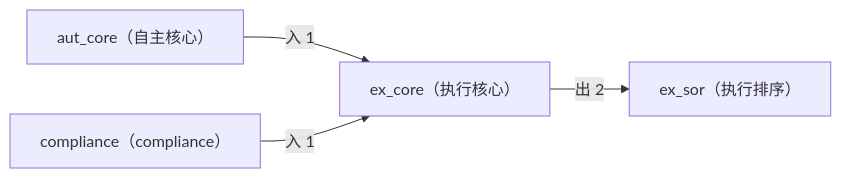
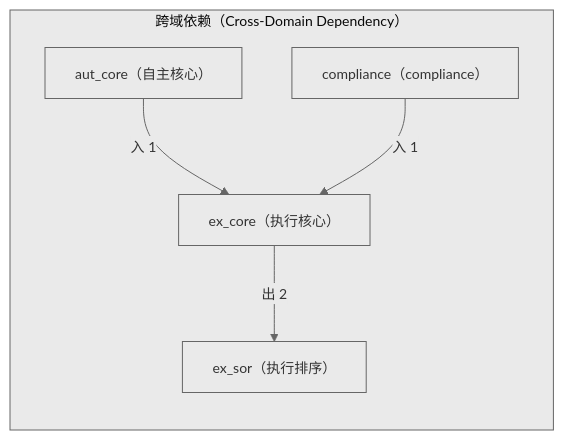
Before and after one commit to xuanFelixVan/ZephyrAlpha: the second of 2 diagrams in docs/02_enterprise_architecture/06_decision_architecture/14_decision_l3_ex_core.md, drawn with Mermaid. The commit also changed other lines of this file and 23 other files, not shown here.

First line of the commit message:
fix(decision-diagram): mermaid 图加 subgraph 容器 + clusterBkg 主题变量

````diff
--- a/docs/02_enterprise_architecture/06_decision_architecture/14_decision_l3_ex_core.md
+++ b/docs/02_enterprise_architecture/06_decision_architecture/14_decision_l3_ex_core.md
@@ -111,10 +112,13 @@
 ```mermaid
+%%{init: {'theme': 'base', 'themeVariables': {'primaryColor': '#eaeaea', 'primaryTextColor': '#333333', 'primaryBorderColor': '#666666', 'lineColor': '#666666', 'clusterBkg': '#eaeaea', 'clusterBorder': '#666666', 'fontSize': '14px'}}}%%
 flowchart LR
-    SELF["ex_core（执行核心）"]
-    EXT_ex_sor["ex_sor（执行排序）"]
-    SELF -->|出 2| EXT_ex_sor
-    EXT_aut_core["aut_core（自主核心）"]
-    EXT_aut_core -->|入 1| SELF
-    EXT_compliance["compliance（compliance）"]
-    EXT_compliance -->|入 1| SELF
+    subgraph cd_sg["跨域依赖（Cross-Domain Dependency）"]
+        SELF["ex_core（执行核心）"]
+        EXT_ex_sor["ex_sor（执行排序）"]
+        SELF -->|出 2| EXT_ex_sor
+        EXT_aut_core["aut_core（自主核心）"]
+        EXT_aut_core -->|入 1| SELF
+        EXT_compliance["compliance（compliance）"]
+        EXT_compliance -->|入 1| SELF
+    end
 ```
````
